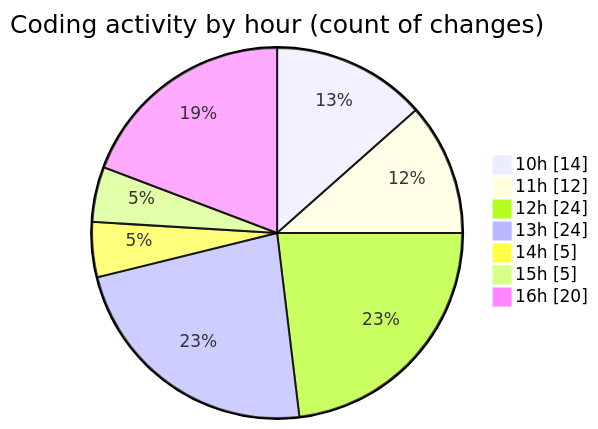
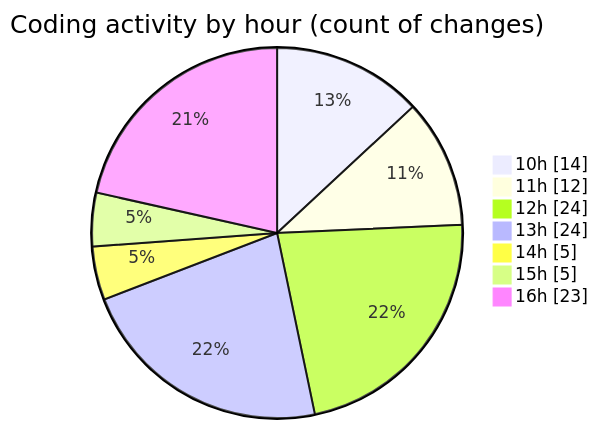
One commit to momahboobian/code-tracking changed the second of 2 diagrams in 2025-09-29/cda/README.md. Above: the diagram before and after it, drawn with Mermaid. The commit also changed other lines of this file and 1 other file, not shown here.

````diff
--- a/2025-09-29/cda/README.md
+++ b/2025-09-29/cda/README.md
@@ -49,11 +52,11 @@
 ```mermaid
 pie showData
 title Coding activity by hour (count of changes)
 "10h" : 14
 "11h" : 12
 "12h" : 24
 "13h" : 24
 "14h" : 5
 "15h" : 5
-"16h" : 20
+"16h" : 23
 ```
````
